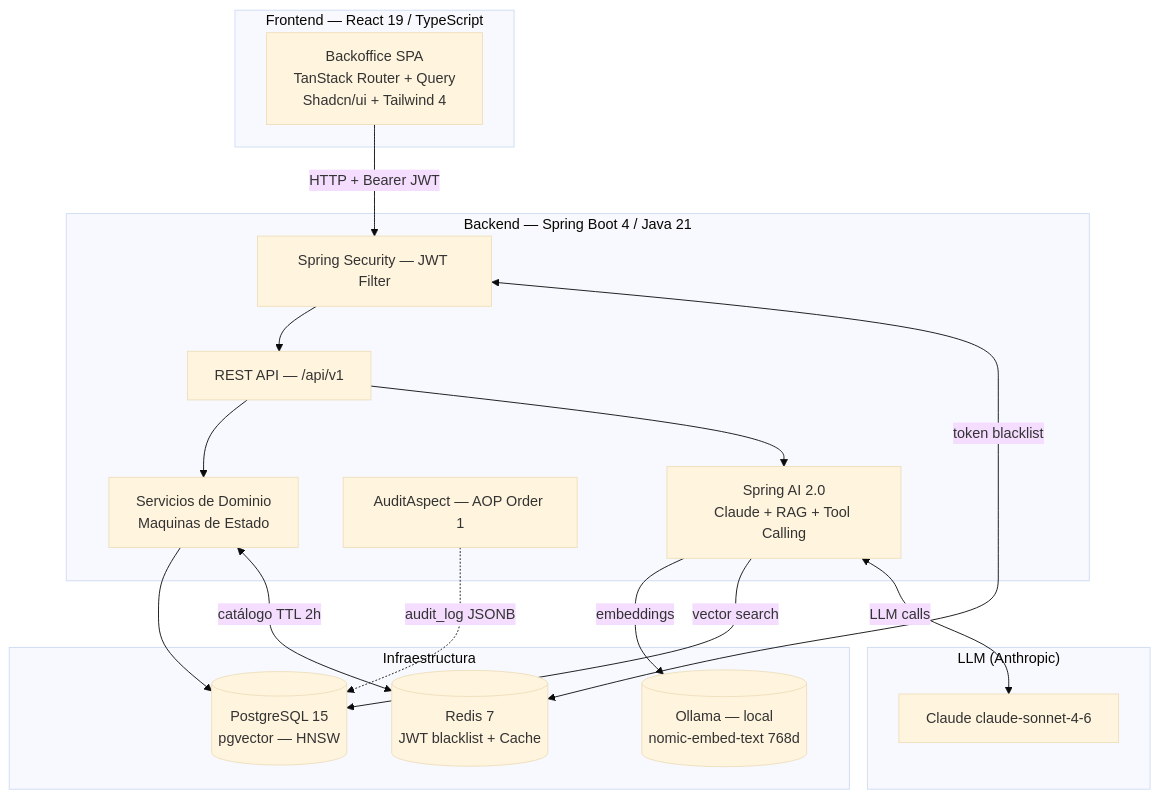
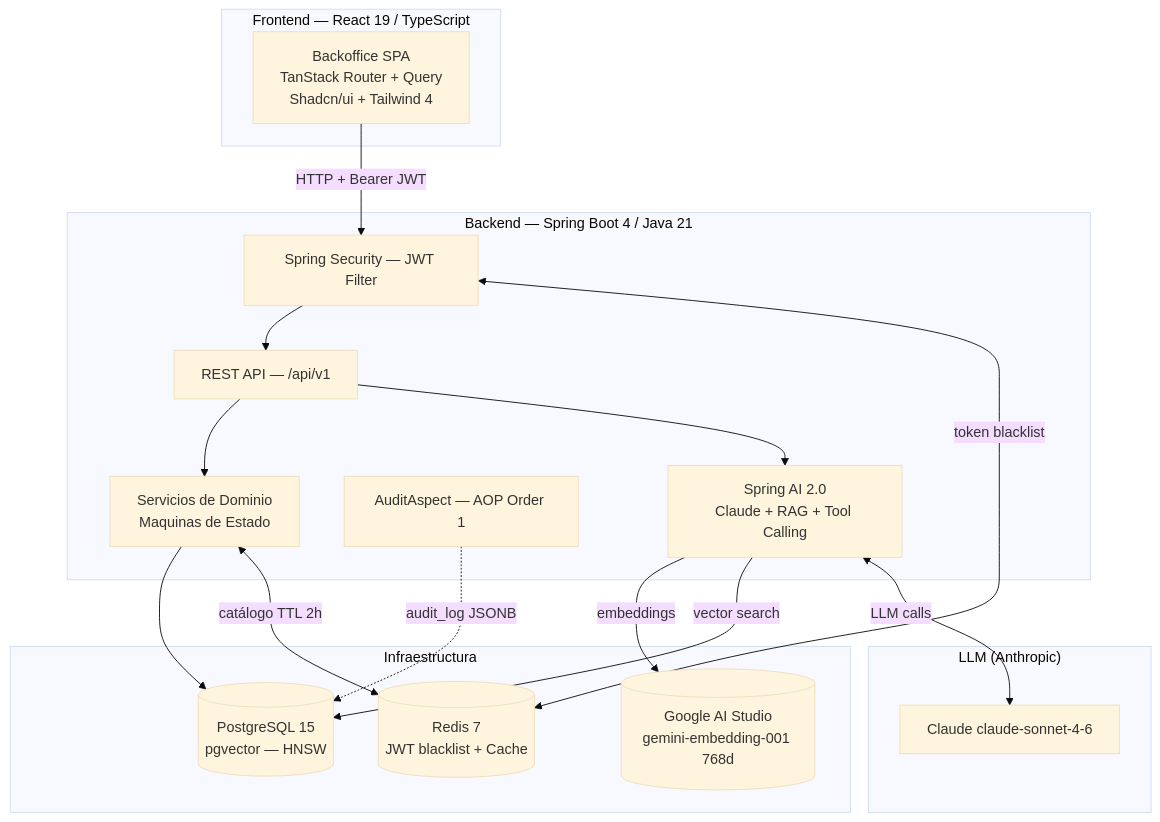
The first of 11 diagrams in README.md (FepDev25/sistema-facturacion-medica-springboot-react-postgresql), drawn with Mermaid (base theme) before and after one commit. The commit also changed other lines of this file and 1 other file, not shown here.

Commit message:
ft: modificando readmes con nueva arquitectura con gemini embedding

````diff
--- a/README.md
+++ b/README.md
@@ -9,36 +9,36 @@
 ```mermaid
 graph TB
     subgraph FE["Frontend — React 19 / TypeScript"]
         UI["Backoffice SPA<br/>TanStack Router + Query<br/>Shadcn/ui + Tailwind 4"]
     end
 
     subgraph BE["Backend — Spring Boot 4 / Java 21"]
         API["REST API — /api/v1"]
         SEC["Spring Security — JWT Filter"]
         SVC["Servicios de Dominio<br/>Maquinas de Estado"]
         AUDIT["AuditAspect — AOP Order 1"]
         AI["Spring AI 2.0<br/>Claude + RAG + Tool Calling"]
     end
 
     subgraph INFRA["Infraestructura"]
         PG[("PostgreSQL 15<br/>pgvector — HNSW")]
         RD[("Redis 7<br/>JWT blacklist + Cache")]
-        OL[("Ollama — local<br/>nomic-embed-text 768d")]
+        GG[("Google AI Studio<br/>gemini-embedding-001 768d")]
     end
 
     subgraph LLM["LLM (Anthropic)"]
         CL["Claude claude-sonnet-4-6"]
     end
 
     UI -->|"HTTP + Bearer JWT"| SEC
     SEC --> API
     API --> SVC
     API --> AI
     SVC --> PG
     AUDIT -.->|audit_log JSONB| PG
     SEC <-->|token blacklist| RD
     SVC <-->|catálogo TTL 2h| RD
-    AI -->|embeddings| OL
+    AI -->|embeddings| GG
     AI -->|vector search| PG
     AI <-->|LLM calls| CL
 ```
````
